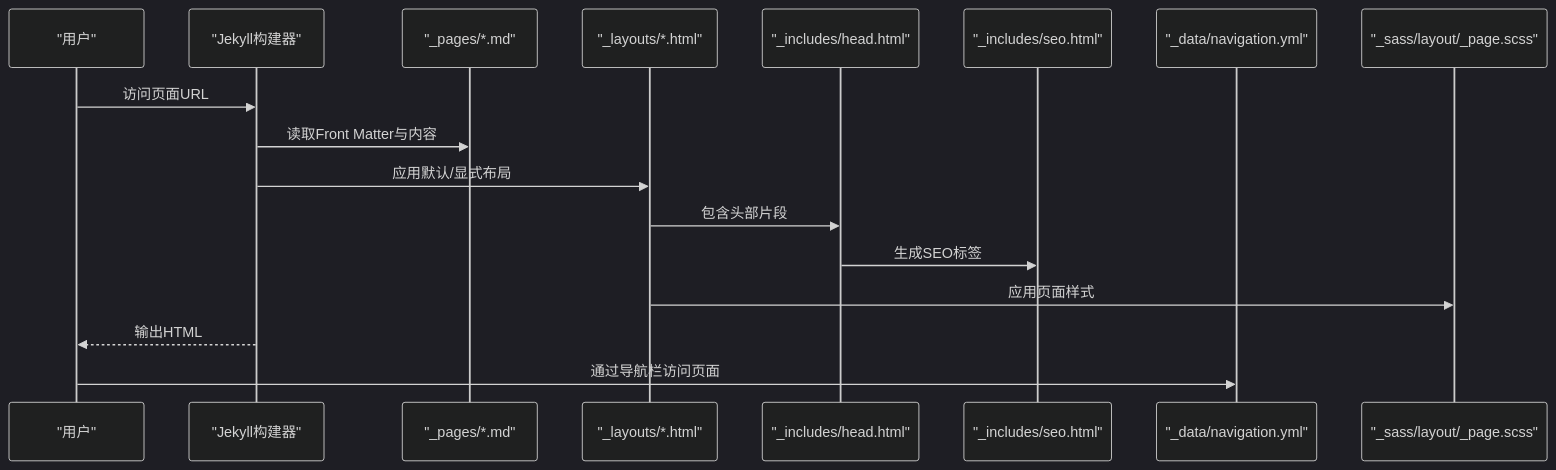
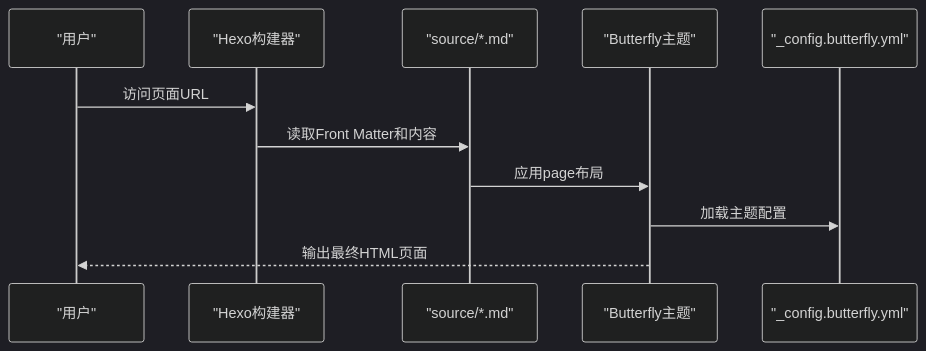
One commit to CoolPig0720/CoolPig0720.github.io changed the second of 4 diagrams in .qoder/repowiki/zh/content/项目概述/核心功能特性/内容管理系统/页面管理.md. Above: the diagram before and after it, drawn with Mermaid (dark theme). The commit also changed other lines of this file and 36 other files, not shown here.

````diff
--- a/.qoder/repowiki/zh/content/项目概述/核心功能特性/内容管理系统/页面管理.md
+++ b/.qoder/repowiki/zh/content/项目概述/核心功能特性/内容管理系统/页面管理.md
@@ -154,19 +108,13 @@
 ```mermaid
 sequenceDiagram
 participant U as "用户"
-participant J as "Jekyll构建器"
-participant P as "_pages/*.md"
-participant L as "_layouts/*.html"
-participant H as "_includes/head.html"
-participant S as "_includes/seo.html"
-participant N as "_data/navigation.yml"
-participant ST as "_sass/layout/_page.scss"
-U->>J : 访问页面URL
-J->>P : 读取Front Matter与内容
-J->>L : 应用默认/显式布局
-L->>H : 包含头部片段
-H->>S : 生成SEO标签
-L->>ST : 应用页面样式
-J-->>U : 输出HTML
-U->>N : 通过导航栏访问页面
+participant H as "Hexo构建器"
+participant S as "source/*.md"
+participant B as "Butterfly主题"
+participant C as "_config.butterfly.yml"
+U->>H : 访问页面URL
+H->>S : 读取Front Matter和内容
+S->>B : 应用page布局
+B->>C : 加载主题配置
+B-->>U : 输出最终HTML页面
 ```
````
